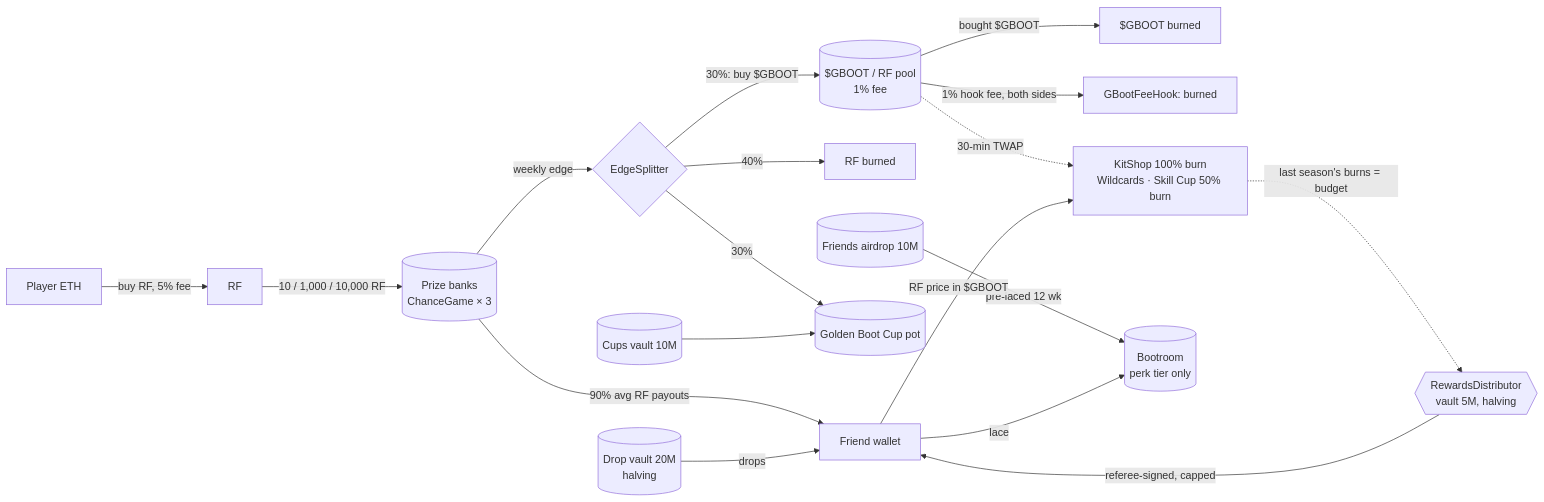
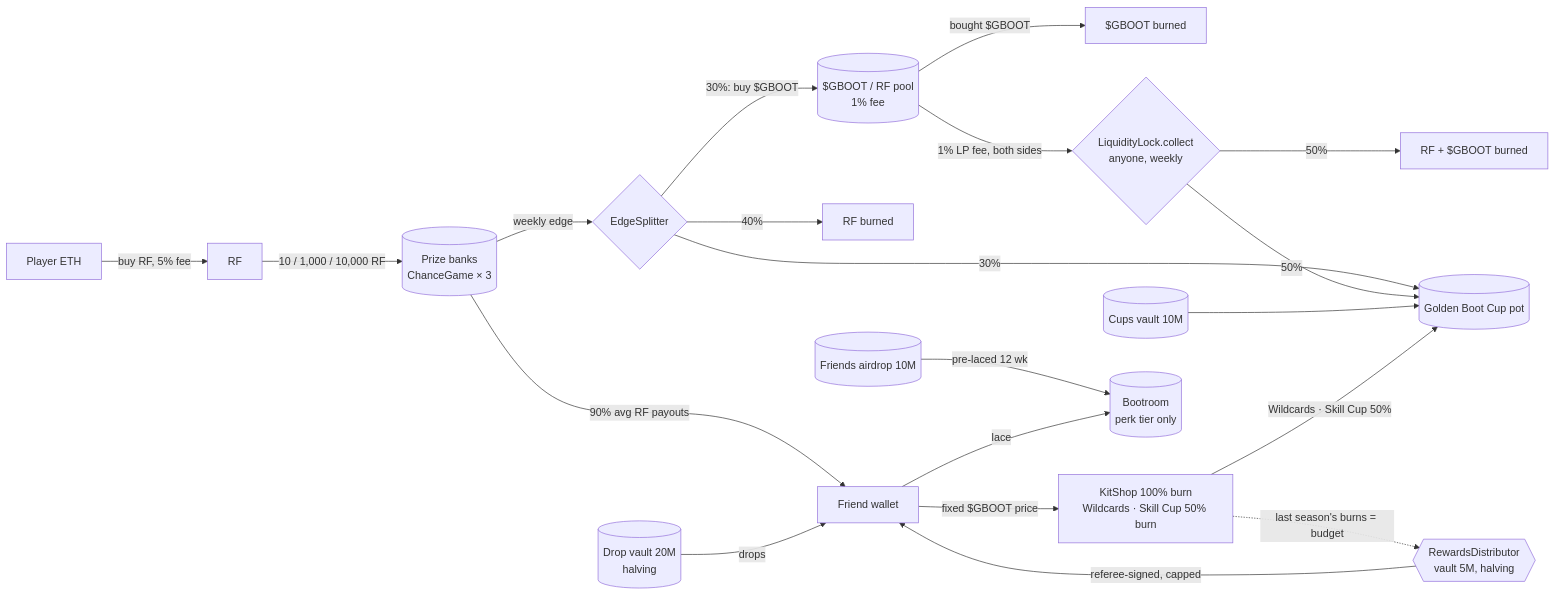
Before and after one commit to tulipoaaaaa/penalty-kings: the diagram in docs/ECONOMY.md, drawn with Mermaid. The commit also changed other lines of this file and 20 other files, not shown here.

First line of the commit message:
feat(C3a): option B, pool fees feed the pot (plain 1% pool, no hook)

````diff
--- a/docs/ECONOMY.md
+++ b/docs/ECONOMY.md
@@ -62,20 +73,22 @@
 ```mermaid
 flowchart LR
   ETH[Player ETH] -->|buy RF, 5% fee| RF[RF]
   RF -->|10 / 1,000 / 10,000 RF| BANK[(Prize banks<br/>ChanceGame × 3)]
   BANK -->|90% avg RF payouts| PLAYER[Friend wallet]
   BANK -->|weekly edge| SPLIT{EdgeSplitter}
   SPLIT -->|40%| RFBURN[RF burned]
   SPLIT -->|30%: buy $GBOOT| POOL[($GBOOT / RF pool<br/>1% fee)]
   POOL -->|bought $GBOOT| GBURN[$GBOOT burned]
   SPLIT -->|30%| CUP[(Golden Boot Cup pot)]
-  POOL -->|1% hook fee, both sides| HBURN[GBootFeeHook: burned]
-  POOL -. 30-min TWAP .-> SINKS
+  POOL -->|1% LP fee, both sides| LOCK{LiquidityLock.collect<br/>anyone, weekly}
+  LOCK -->|50%| HBURN[RF + $GBOOT burned]
+  LOCK -->|50%| CUP
   DV[(Drop vault 20M<br/>halving)] -->|drops| PLAYER
   CV[(Cups vault 10M)] --> CUP
   SINKS -. last season's burns = budget .-> RD
   RD{{RewardsDistributor<br/>vault 5M, halving}} -->|referee-signed, capped| PLAYER
   AD[(Friends airdrop 10M)] -->|pre-laced 12 wk| BOOT[(Bootroom<br/>perk tier only)]
   PLAYER -->|lace| BOOT
-  PLAYER -->|RF price in $GBOOT| SINKS[KitShop 100% burn<br/>Wildcards · Skill Cup 50% burn]
+  PLAYER -->|fixed $GBOOT price| SINKS[KitShop 100% burn<br/>Wildcards · Skill Cup 50% burn]
+  SINKS -->|Wildcards · Skill Cup 50%| CUP
 ```
````
